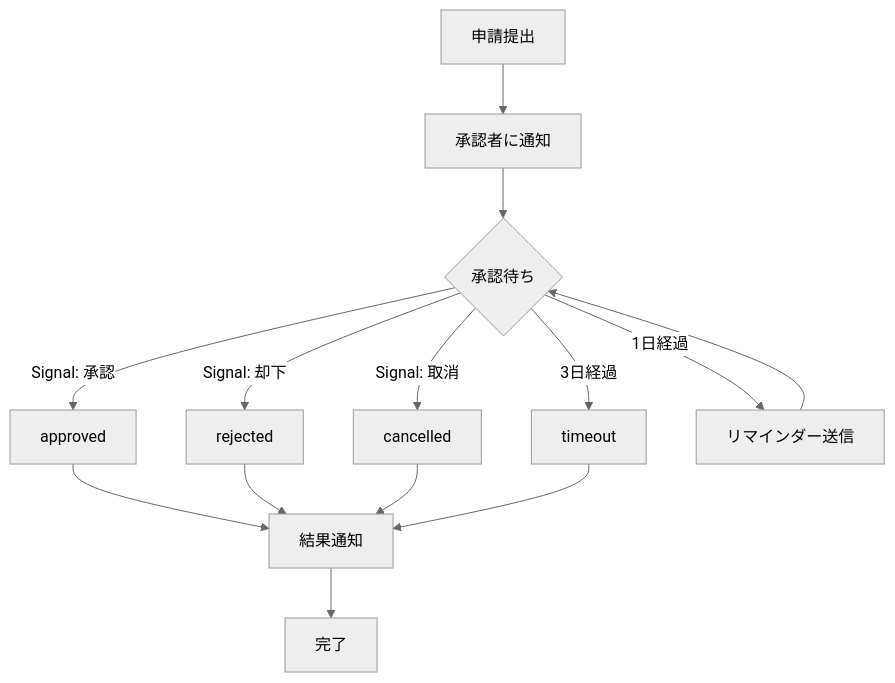
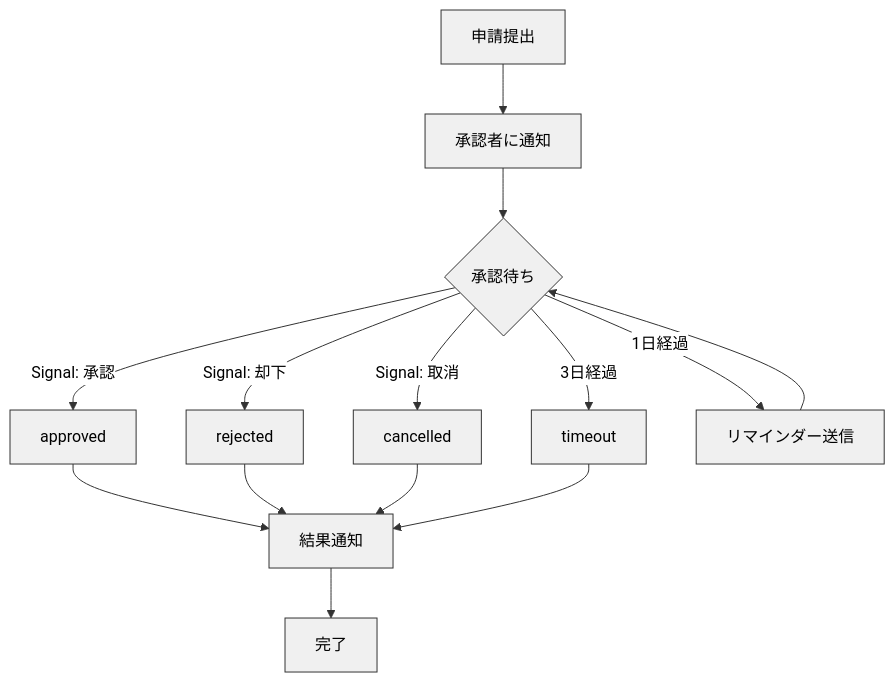
Before and after one commit to tokiwa-org/temporal: the third of 4 diagrams in docs/temporal.md, drawn with Mermaid. The commit also changed other lines of this file, not shown here.

First line of the commit message:
Mermaid図の背景を白に変更

````diff
--- a/docs/temporal.md
+++ b/docs/temporal.md
@@ -563,17 +563,17 @@
 ```mermaid
-%%{init: {'theme': 'neutral'}}%%
+%%{init: {'theme': 'base', 'themeVariables': {'primaryColor': '#f0f0f0', 'primaryTextColor': '#000', 'primaryBorderColor': '#333', 'lineColor': '#333', 'secondaryColor': '#fff', 'tertiaryColor': '#fff', 'background': '#fff'}}}%%
 flowchart TD
     A[申請提出] --> B[承認者に通知]
     B --> C{承認待ち}
     C -->|Signal: 承認| D[approved]
     C -->|Signal: 却下| E[rejected]
     C -->|Signal: 取消| F[cancelled]
     C -->|3日経過| G[timeout]
     C -->|1日経過| H[リマインダー送信]
     H --> C
     D --> I[結果通知]
     E --> I
     F --> I
     G --> I
     I --> J[完了]
 ```
````
